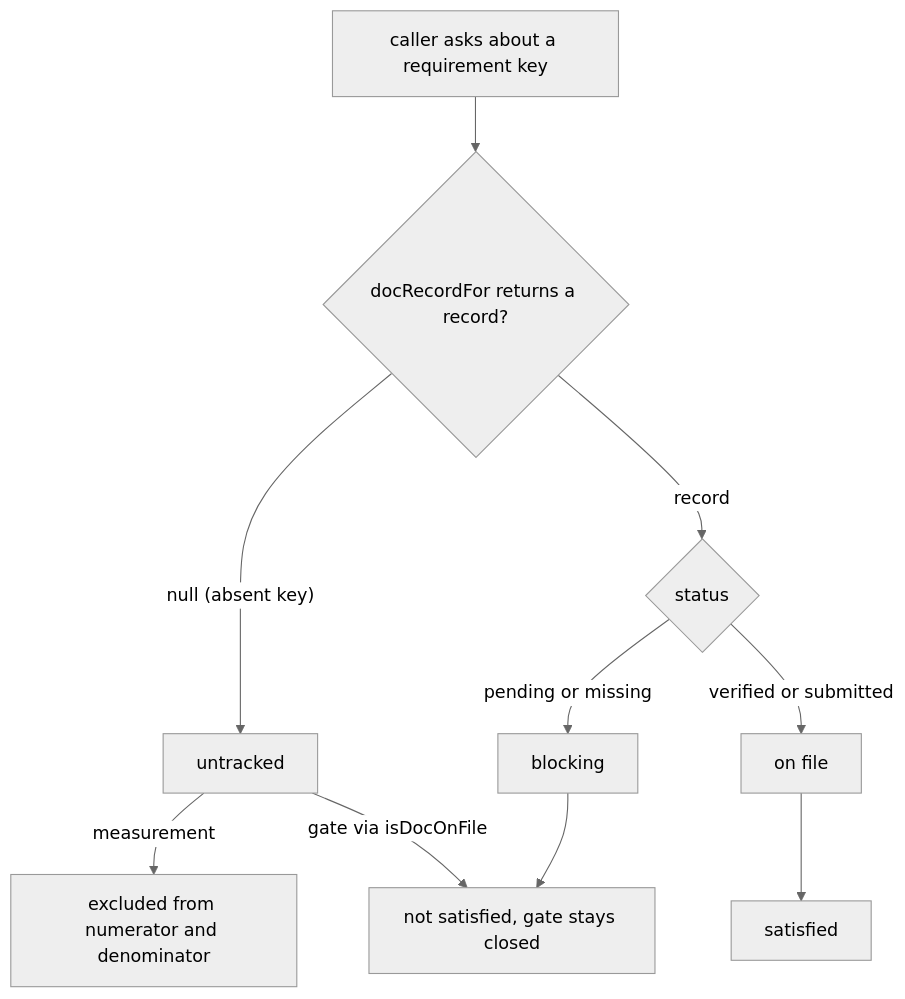
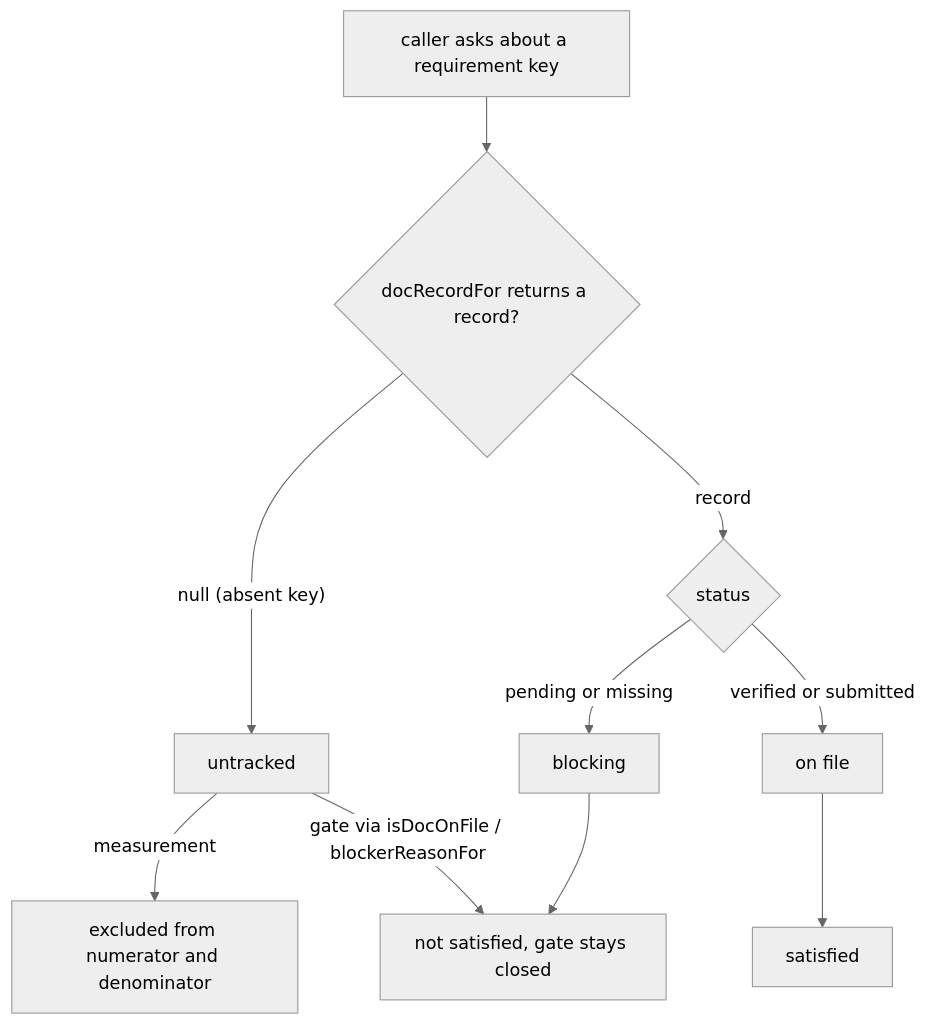
One commit to shuakyle21/tesda-compliance-manager changed the diagram in openwiki/modules/documents-and-evidence.md. Above: the diagram before and after it, drawn with Mermaid (neutral theme). The commit also changed other lines of this file and 48 other files, not shown here.

````diff
--- a/openwiki/modules/documents-and-evidence.md
+++ b/openwiki/modules/documents-and-evidence.md
@@ -96,12 +134,12 @@
 ```mermaid
 flowchart TD
     Q["caller asks about a requirement key"] --> R{"docRecordFor returns a record?"}
     R -- "null (absent key)" --> U["untracked"]
     R -- "record" --> S{"status"}
     S -- "verified or submitted" --> F["on file"]
     S -- "pending or missing" --> B["blocking"]
     U -- "measurement" --> X["excluded from numerator and denominator"]
-    U -- "gate via isDocOnFile" --> G["not satisfied, gate stays closed"]
+    U -- "gate via isDocOnFile / blockerReasonFor" --> G["not satisfied, gate stays closed"]
     B --> G
     F --> OK["satisfied"]
 ```
````
